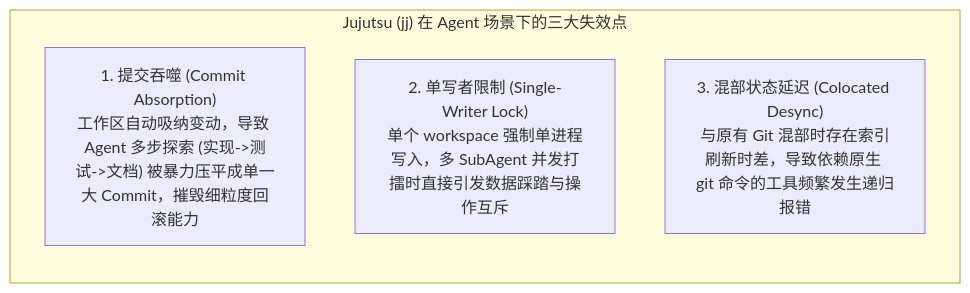
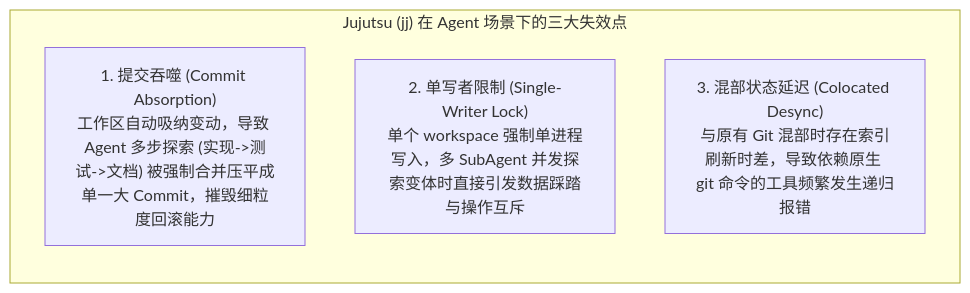
The diagram in fractal-git/docs/02-ecosystem-survey-and-lessons.md (guilingzhouyi-creator/vscode-extensions), drawn with Mermaid before and after one commit. The commit also changed other lines of this file and 20 other files, not shown here.

````diff
--- a/fractal-git/docs/02-ecosystem-survey-and-lessons.md
+++ b/fractal-git/docs/02-ecosystem-survey-and-lessons.md
@@ -51,8 +51,8 @@
 ```mermaid
 flowchart LR
   subgraph JJ_FAILURES["Jujutsu (jj) 在 Agent 场景下的三大失效点"]
-    F1["1. 提交吞噬 (Commit Absorption)<br/>工作区自动吸纳变动，导致 Agent 多步探索 (实现->测试->文档) 被暴力压平成单一大 Commit，摧毁细粒度回滚能力"]
-    F2["2. 单写者限制 (Single-Writer Lock)<br/>单个 workspace 强制单进程写入，多 SubAgent 并发打擂时直接引发数据踩踏与操作互斥"]
+    F1["1. 提交吞噬 (Commit Absorption)<br/>工作区自动吸纳变动，导致 Agent 多步探索 (实现->测试->文档) 被强制合并压平成单一大 Commit，摧毁细粒度回滚能力"]
+    F2["2. 单写者限制 (Single-Writer Lock)<br/>单个 workspace 强制单进程写入，多 SubAgent 并发探索变体时直接引发数据踩踏与操作互斥"]
     F3["3. 混部状态延迟 (Colocated Desync)<br/>与原有 Git 混部时存在索引刷新时差，导致依赖原生 git 命令的工具频繁发生递归报错"]
   end
 ```
````
